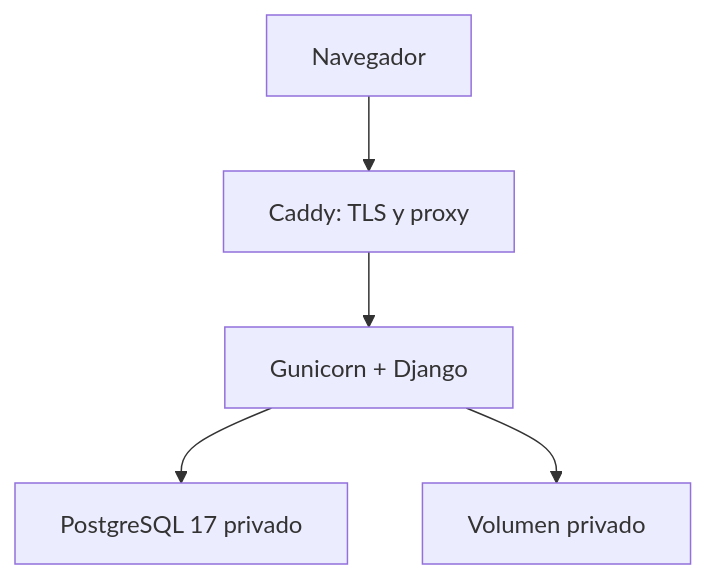
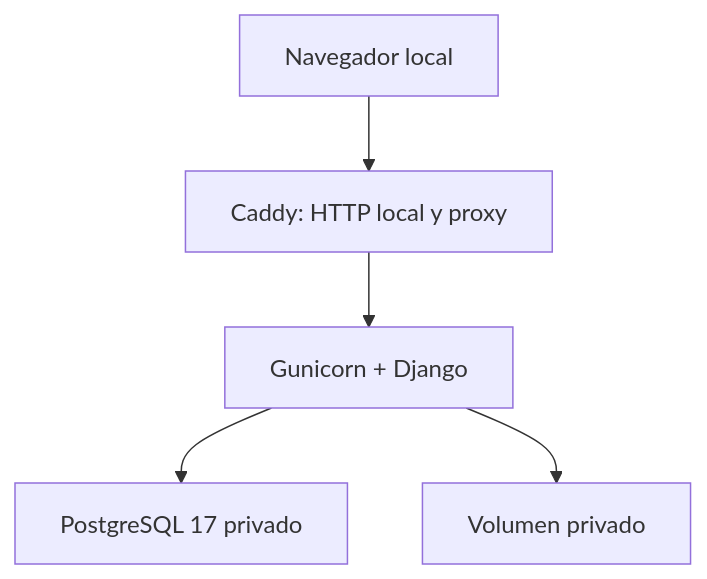
Before and after one commit to G3RARD0-TICONA/trazametrica-salud-peru: the diagram in docs/18-despliegue-publicacion/ARQUITECTURA_DEMO.md, drawn with Mermaid. The commit also changed other lines of this file and 14 other files, not shown here.

````diff
--- a/docs/18-despliegue-publicacion/ARQUITECTURA_DEMO.md
+++ b/docs/18-despliegue-publicacion/ARQUITECTURA_DEMO.md
@@ -5,7 +5,7 @@
 ```mermaid
 flowchart TD
-  U["Navegador"] --> P["Caddy: TLS y proxy"]
+  U["Navegador local"] --> P["Caddy: HTTP local y proxy"]
   P --> W["Gunicorn + Django"]
   W --> D["PostgreSQL 17 privado"]
   W --> S["Volumen privado"]
 ```
````
